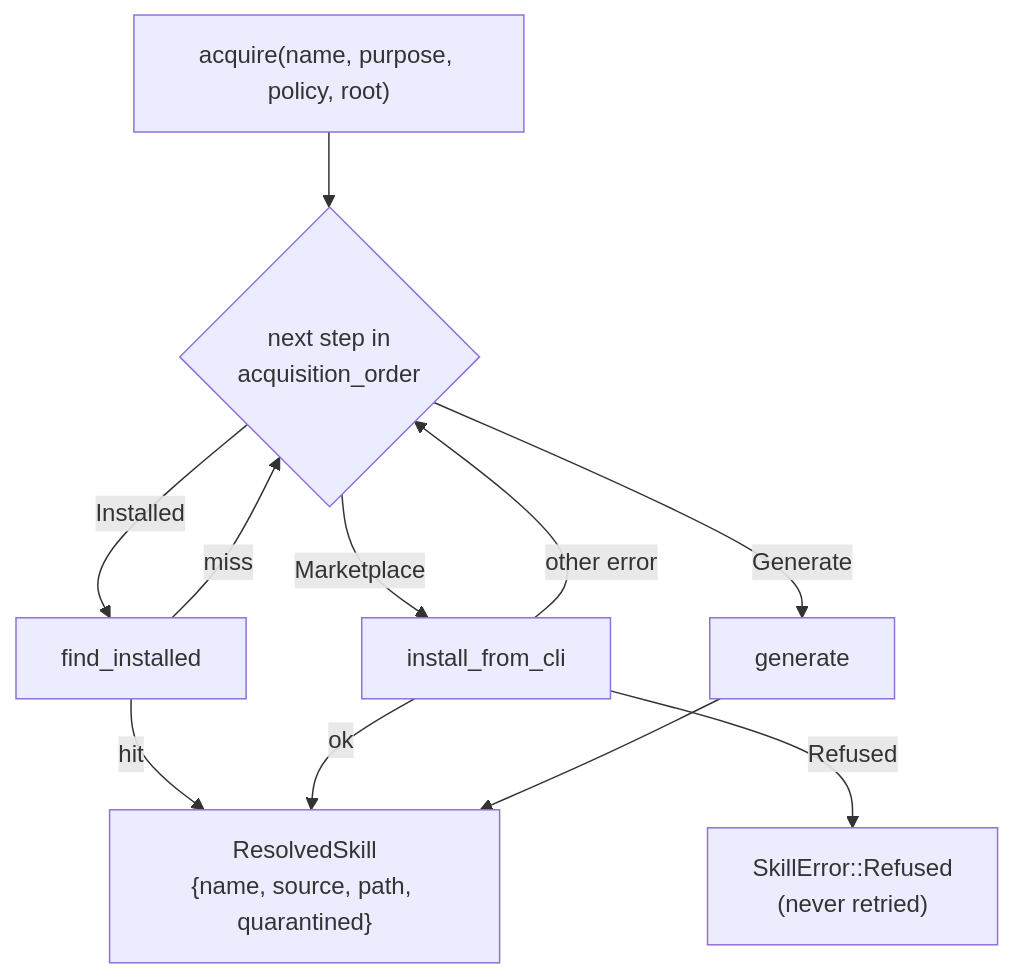
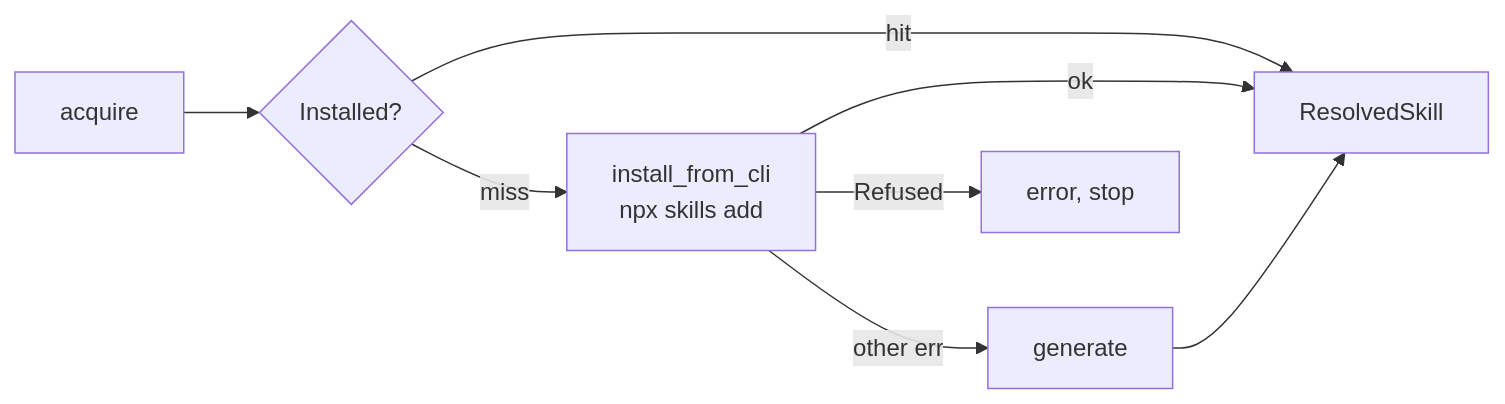
One commit to bitphill/loopsmith changed the diagram in wiki/skills-system.md. Above: the diagram before and after it, drawn with Mermaid. The commit also changed other lines of this file and 30 other files, not shown here.

````diff
--- a/wiki/skills-system.md
+++ b/wiki/skills-system.md
@@ -30,13 +19,10 @@
 ```mermaid
-flowchart TD
-    A["acquire(name, purpose, policy, root)"] --> B{next step in<br/>acquisition_order}
-    B -->|Installed| C[find_installed]
-    B -->|Marketplace| D[install_from_cli]
-    B -->|Generate| E[generate]
-    C -->|hit| F["ResolvedSkill<br/>{name, source, path, quarantined}"]
-    C -->|miss| B
-    D -->|ok| F
-    D -->|Refused| G["SkillError::Refused<br/>(never retried)"]
-    D -->|other error| B
-    E --> F
+flowchart LR
+    A[acquire] --> I{Installed?}
+    I -->|hit| R[ResolvedSkill]
+    I -->|miss| M[install_from_cli<br/>npx skills add]
+    M -->|ok| R
+    M -->|Refused| X[error, stop]
+    M -->|other err| G[generate]
+    G --> R
 ```
````
